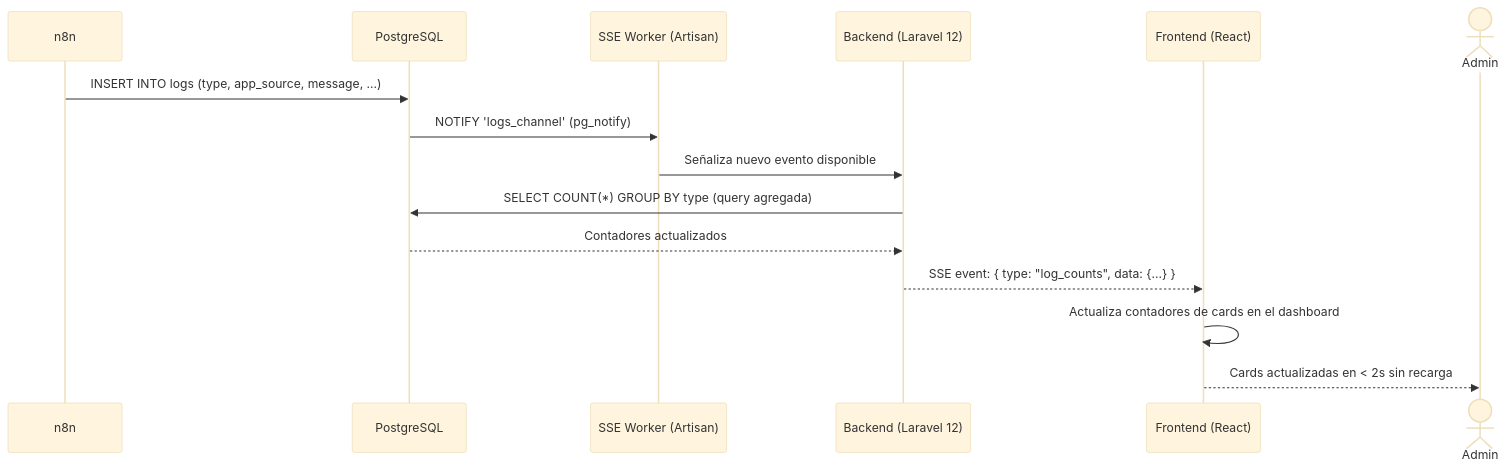
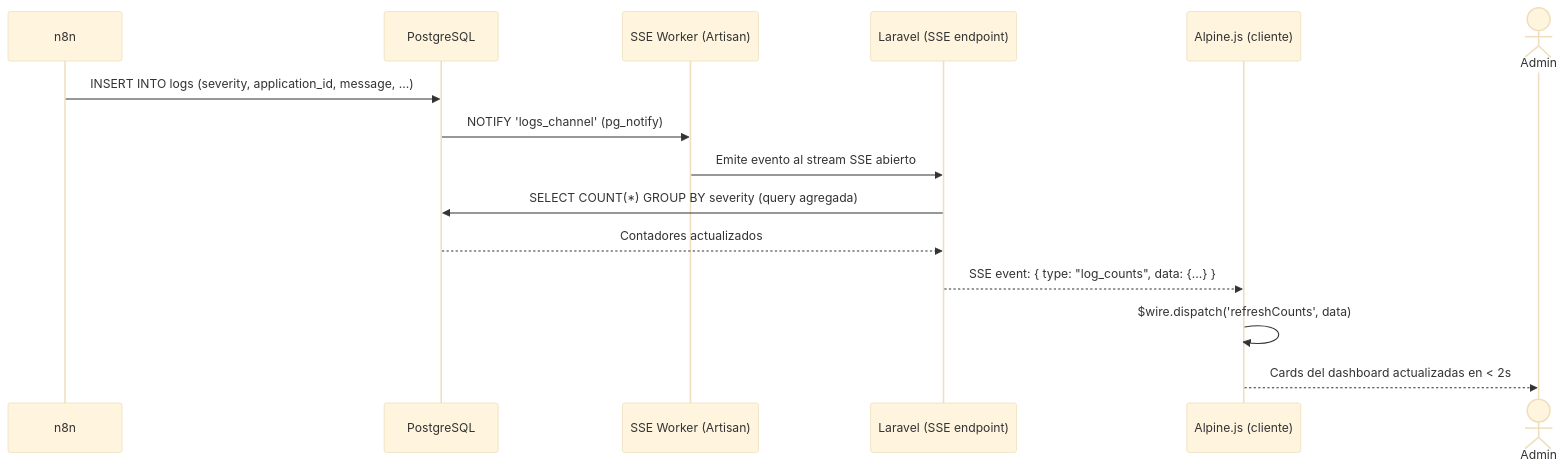
Before and after one commit to Maya-AQSS/log-management-dashboard: the fourth of 7 diagrams in docs/src/3_c4_diagrams.md, drawn with Mermaid (base theme). The commit also changed other lines of this file and 48 other files, not shown here.

````diff
--- a/docs/src/3_c4_diagrams.md
+++ b/docs/src/3_c4_diagrams.md
@@ -104,18 +108,18 @@
 ```mermaid
 sequenceDiagram
     participant N8N as n8n
     participant DB as PostgreSQL
     participant Worker as SSE Worker (Artisan)
-    participant BE as Backend (Laravel 12)
-    participant FE as Frontend (React)
+    participant BE as Laravel (SSE endpoint)
+    participant JS as Alpine.js (cliente)
     actor Admin
 
-    N8N->>DB: INSERT INTO logs (type, app_source, message, ...)
+    N8N->>DB: INSERT INTO logs (severity, application_id, message, ...)
     DB->>Worker: NOTIFY 'logs_channel' (pg_notify)
-    Worker->>BE: Señaliza nuevo evento disponible
-    BE->>DB: SELECT COUNT(*) GROUP BY type (query agregada)
+    Worker->>BE: Emite evento al stream SSE abierto
+    BE->>DB: SELECT COUNT(*) GROUP BY severity (query agregada)
     DB-->>BE: Contadores actualizados
-    BE-->>FE: SSE event: { type: "log_counts", data: {...} }
-    FE->>FE: Actualiza contadores de cards en el dashboard
-    FE-->>Admin: Cards actualizadas en < 2s sin recarga
+    BE-->>JS: SSE event: { type: "log_counts", data: {...} }
+    JS->>JS: $wire.dispatch('refreshCounts', data)
+    JS-->>Admin: Cards del dashboard actualizadas en < 2s
 ```
````
